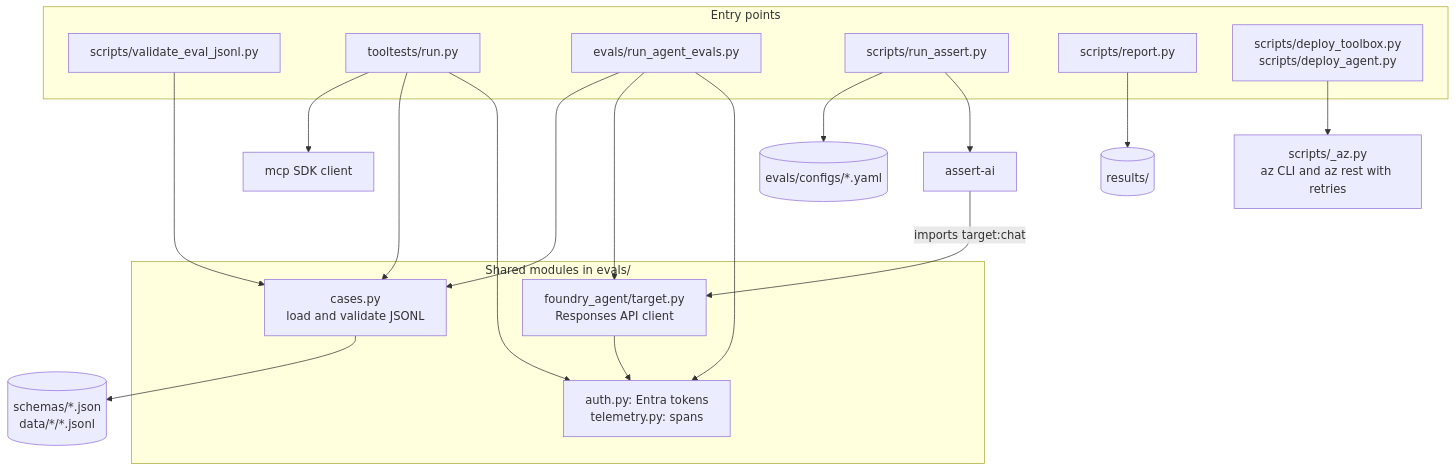
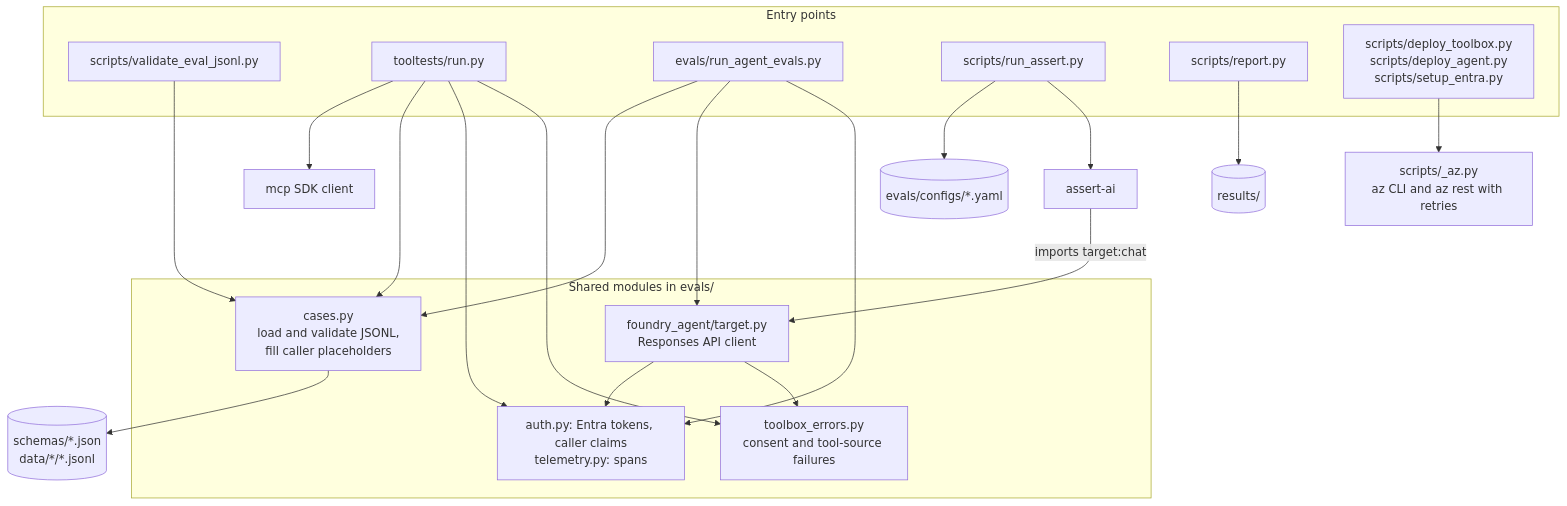
The second of 17 diagrams in docs/architecture.md (bradrlaw/foundryToolboxEval), drawn with Mermaid before and after one commit. The commit also changed other lines of this file and 36 other files, not shown here.

````diff
--- a/docs/architecture.md
+++ b/docs/architecture.md
@@ -69,37 +73,40 @@
 ```mermaid
 flowchart TB
     subgraph entry["Entry points"]
         val["scripts/validate_eval_jsonl.py"]
         run["tooltests/run.py"]
         rae["evals/run_agent_evals.py"]
         rass["scripts/run_assert.py"]
         rep["scripts/report.py"]
-        dep["scripts/deploy_toolbox.py<br/>scripts/deploy_agent.py"]
+        dep["scripts/deploy_toolbox.py<br/>scripts/deploy_agent.py<br/>scripts/setup_entra.py"]
     end
     subgraph shared["Shared modules in evals/"]
-        cases["cases.py<br/>load and validate JSONL"]
+        cases["cases.py<br/>load and validate JSONL,<br/>fill caller placeholders"]
         target["foundry_agent/target.py<br/>Responses API client"]
-        common["auth.py: Entra tokens<br/>telemetry.py: spans"]
+        common["auth.py: Entra tokens, caller claims<br/>telemetry.py: spans"]
+        terr["toolbox_errors.py<br/>consent and tool-source failures"]
     end
     mcpsdk["mcp SDK client"]
     assertai["assert-ai"]
     az["scripts/_az.py<br/>az CLI and az rest with retries"]
     configs[("evals/configs/*.yaml")]
     files[("schemas/*.json<br/>data/*/*.jsonl")]
     results[("results/")]
 
     val --> cases
     run --> mcpsdk
     run --> cases
     run --> common
+    run --> terr
     rae --> cases
     rae --> target
     rae --> common
     target --> common
+    target --> terr
     rass --> configs
     rass --> assertai
     assertai -->|"imports target:chat"| target
     cases --> files
     rep --> results
     dep --> az
 ```
````
